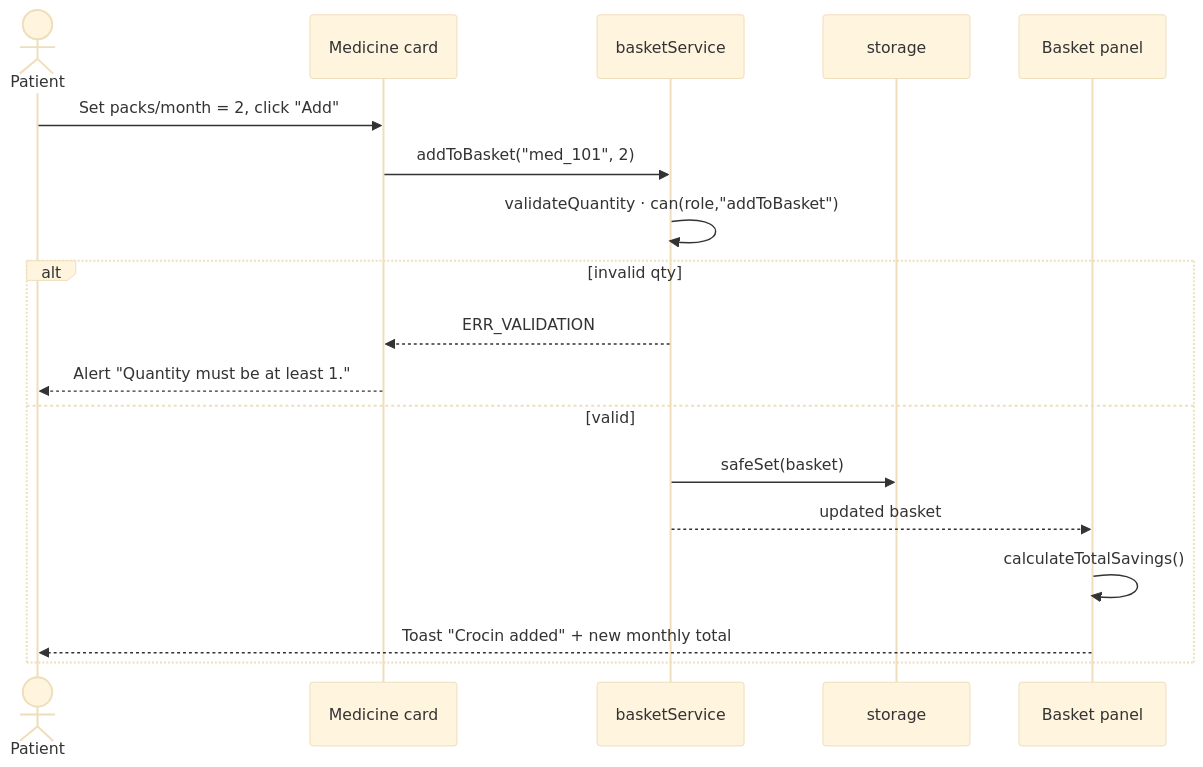
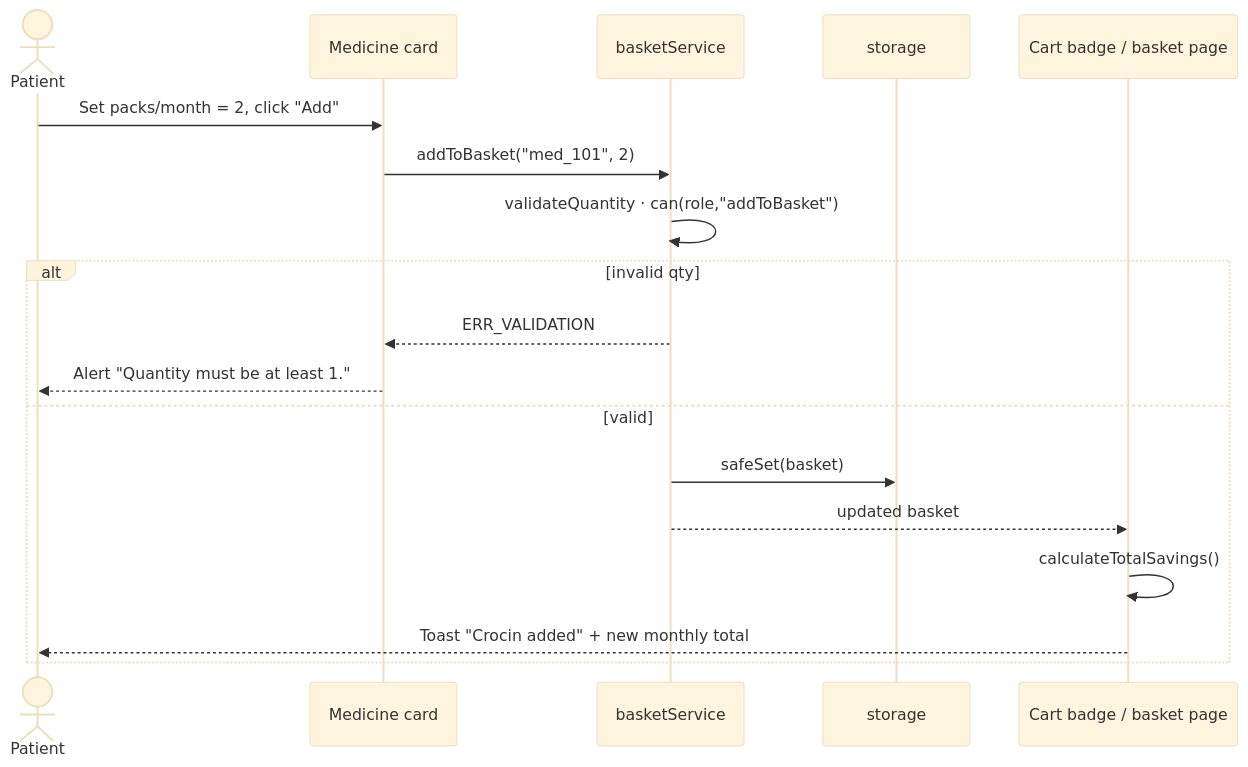
One commit to swinilohani616-dot/Salt-Saver changed the second of 2 diagrams in USER_WORKFLOW.md. Above: the diagram before and after it, drawn with Mermaid (base theme). The commit also changed other lines of this file and 13 other files, not shown here.

First line of the commit message:
Move the prescription basket to its own cart page

````diff
--- a/USER_WORKFLOW.md
+++ b/USER_WORKFLOW.md
@@ -131,20 +142,20 @@
 ```mermaid
 sequenceDiagram
     actor U as Patient
     participant C as Medicine card
     participant BS as basketService
     participant S as storage
-    participant BV as Basket panel
+    participant BV as Cart badge / basket page
     U->>C: Set packs/month = 2, click "Add"
     C->>BS: addToBasket("med_101", 2)
     BS->>BS: validateQuantity · can(role,"addToBasket")
     alt invalid qty
         BS-->>C: ERR_VALIDATION
         C-->>U: Alert "Quantity must be at least 1."
     else valid
         BS->>S: safeSet(basket)
         BS-->>BV: updated basket
         BV->>BV: calculateTotalSavings()
         BV-->>U: Toast "Crocin added" + new monthly total
     end
 ```
````
